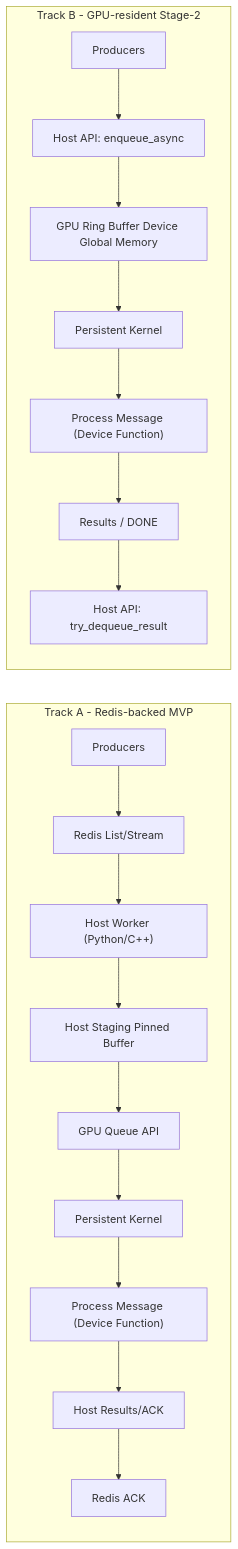
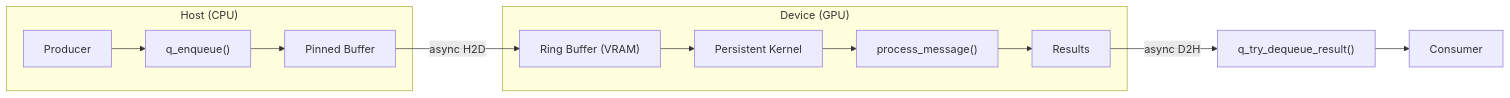
Before and after one commit to Flameingmoy/GPGPU_in-mem_msg_q: the diagram in README.md, drawn with Mermaid. The commit also changed other lines of this file and 12 other files, not shown here.

````diff
--- a/README.md
+++ b/README.md
@@ -20,25 +85,17 @@
 ```mermaid
 flowchart LR
-  subgraph A[Track A - Redis-backed MVP]
-    P["Producers"] --> R["Redis List/Stream"]
-    R --> H["Host Worker (Python/C++)"]
-    H --> S["Host Staging Pinned Buffer"]
-    S --> GQ["GPU Queue API"]
-    GQ --> K["Persistent Kernel"]
-    K --> PR["Process Message (Device Function)"]
-    PR --> HR["Host Results/ACK"]
-    HR --> RA["Redis ACK"]
+  subgraph Host["Host (CPU)"]
+    P["Producer"] --> API["q_enqueue()"]
+    API --> PIN["Pinned Buffer"]
   end
 
-  subgraph B[Track B - GPU-resident Stage-2]
-    P2["Producers"] --> API["Host API: enqueue_async"]
-    API --> RB["GPU Ring Buffer Device Global Memory"]
-    RB --> K2["Persistent Kernel"]
-    K2 --> PROC2["Process Message (Device Function)"]
-    PROC2 --> RES["Results / DONE"]
-    RES --> DQ["Host API: try_dequeue_result"]
+  subgraph Device["Device (GPU)"]
+    PIN -->|"async H2D"| RB["Ring Buffer (VRAM)"]
+    RB --> PK["Persistent Kernel"]
+    PK --> PROC["process_message()"]
+    PROC --> RES["Results"]
   end
 
-  %% Notes: correctness via CUDA atomics + memory fences
-  %% (__threadfence, __threadfence_system) ensure publish/visibility across host/device
+  RES -->|"async D2H"| DQ["q_try_dequeue_result()"]
+  DQ --> C["Consumer"]
 ```
````
